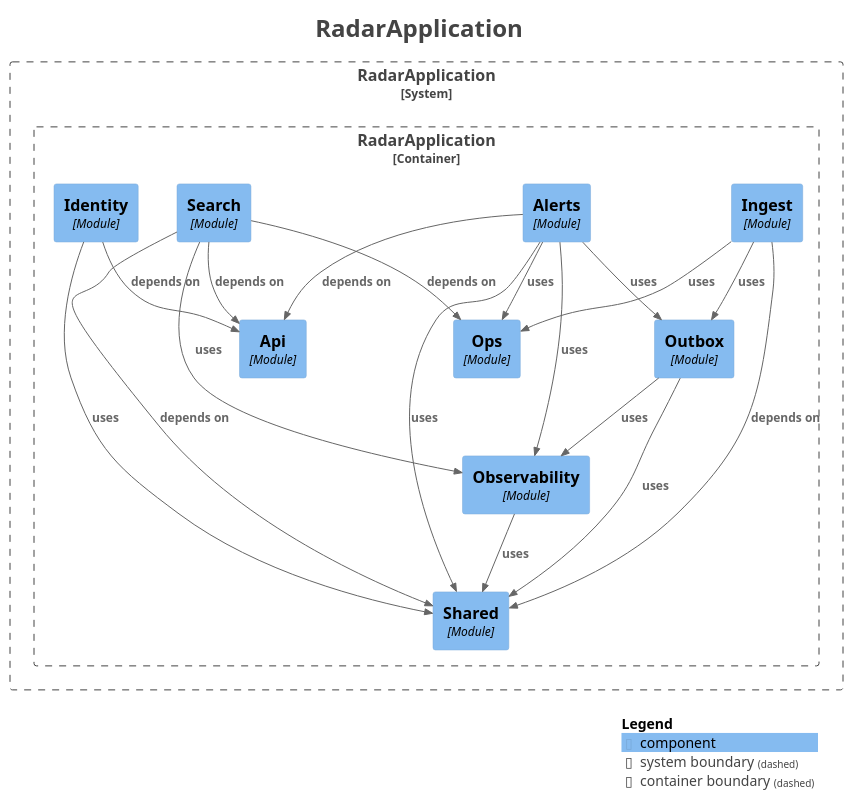
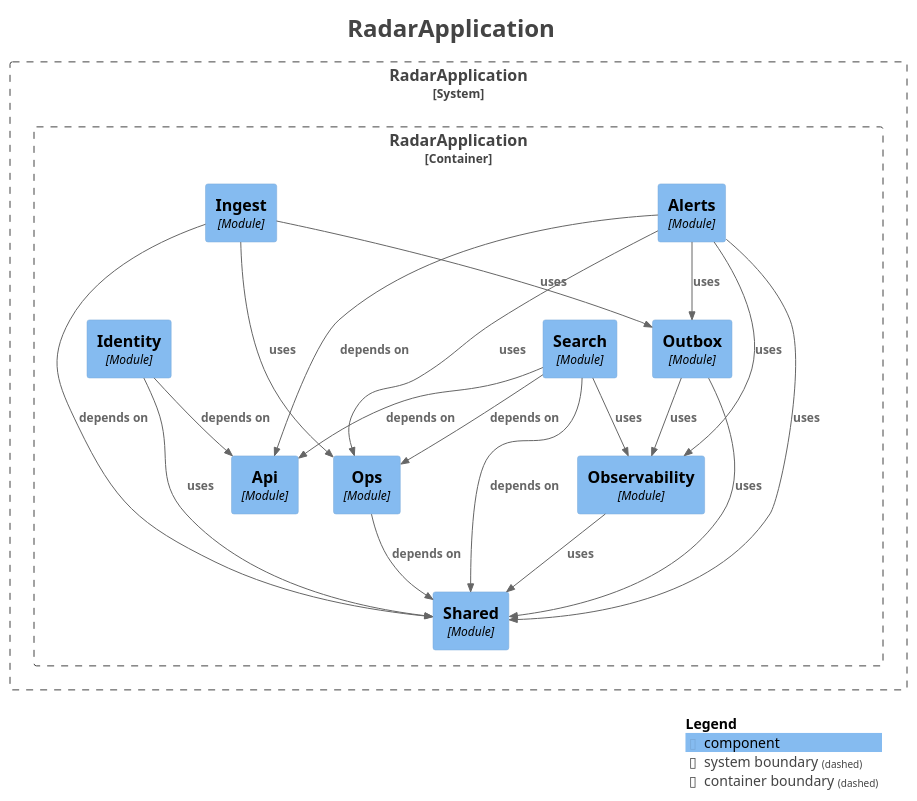
The diagram in docs/modules/components.puml (MiguelSanzBr/radar-licitacoes), drawn with PlantUML before and after one commit. The commit also changed 65 other files, not shown here.

Commit message:
feat(contracts): avro schemas and apicurio

```diff
--- a/docs/modules/components.puml
+++ b/docs/modules/components.puml
@@ -1,53 +1,54 @@
 @startuml
 title <size:24>RadarApplication</size>
 
 set separator none
 top to bottom direction
 
 <style>
   root {
     BackgroundColor: #ffffff
     FontColor: #444444
   }
 </style>
 
 !include <C4/C4>
 !include <C4/C4_Context>
 !include <C4/C4_Component>
 
 System_Boundary("RadarApplication_boundary", "RadarApplication", $tags="") {
   Container_Boundary("RadarApplication.RadarApplication_boundary", "RadarApplication", $tags="") {
     Component(RadarApplication.RadarApplication.Alerts, "Alerts", $techn="Module", $descr="", $tags="", $link="")
     Component(RadarApplication.RadarApplication.Ingest, "Ingest", $techn="Module", $descr="", $tags="", $link="")
     Component(RadarApplication.RadarApplication.Api, "Api", $techn="Module", $descr="", $tags="", $link="")
-    Component(RadarApplication.RadarApplication.Ops, "Ops", $techn="Module", $descr="", $tags="", $link="")
     Component(RadarApplication.RadarApplication.Shared, "Shared", $techn="Module", $descr="", $tags="", $link="")
     Component(RadarApplication.RadarApplication.Identity, "Identity", $techn="Module", $descr="", $tags="", $link="")
     Component(RadarApplication.RadarApplication.Observability, "Observability", $techn="Module", $descr="", $tags="", $link="")
+    Component(RadarApplication.RadarApplication.Ops, "Ops", $techn="Module", $descr="", $tags="", $link="")
     Component(RadarApplication.RadarApplication.Outbox, "Outbox", $techn="Module", $descr="", $tags="", $link="")
     Component(RadarApplication.RadarApplication.Search, "Search", $techn="Module", $descr="", $tags="", $link="")
   }
 
 }
 
-Rel(RadarApplication.RadarApplication.Ingest, RadarApplication.RadarApplication.Shared, "depends on", $techn="", $tags="", $link="")
-Rel(RadarApplication.RadarApplication.Ingest, RadarApplication.RadarApplication.Ops, "uses", $techn="", $tags="", $link="")
-Rel(RadarApplication.RadarApplication.Ingest, RadarApplication.RadarApplication.Outbox, "uses", $techn="", $tags="", $link="")
-Rel(RadarApplication.RadarApplication.Outbox, RadarApplication.RadarApplication.Shared, "uses", $techn="", $tags="", $link="")
-Rel(RadarApplication.RadarApplication.Outbox, RadarApplication.RadarApplication.Observability, "uses", $techn="", $tags="", $link="")
-Rel(RadarApplication.RadarApplication.Observability, RadarApplication.RadarApplication.Shared, "uses", $techn="", $tags="", $link="")
-Rel(RadarApplication.RadarApplication.Identity, RadarApplication.RadarApplication.Api, "depends on", $techn="", $tags="", $link="")
-Rel(RadarApplication.RadarApplication.Identity, RadarApplication.RadarApplication.Shared, "uses", $techn="", $tags="", $link="")
-Rel(RadarApplication.RadarApplication.Search, RadarApplication.RadarApplication.Ops, "depends on", $techn="", $tags="", $link="")
-Rel(RadarApplication.RadarApplication.Search, RadarApplication.RadarApplication.Api, "depends on", $techn="", $tags="", $link="")
-Rel(RadarApplication.RadarApplication.Search, RadarApplication.RadarApplication.Shared, "depends on", $techn="", $tags="", $link="")
-Rel(RadarApplication.RadarApplication.Search, RadarApplication.RadarApplication.Observability, "uses", $techn="", $tags="", $link="")
 Rel(RadarApplication.RadarApplication.Alerts, RadarApplication.RadarApplication.Api, "depends on", $techn="", $tags="", $link="")
 Rel(RadarApplication.RadarApplication.Alerts, RadarApplication.RadarApplication.Observability, "uses", $techn="", $tags="", $link="")
 Rel(RadarApplication.RadarApplication.Alerts, RadarApplication.RadarApplication.Ops, "uses", $techn="", $tags="", $link="")
 Rel(RadarApplication.RadarApplication.Alerts, RadarApplication.RadarApplication.Outbox, "uses", $techn="", $tags="", $link="")
 Rel(RadarApplication.RadarApplication.Alerts, RadarApplication.RadarApplication.Shared, "uses", $techn="", $tags="", $link="")
+Rel(RadarApplication.RadarApplication.Identity, RadarApplication.RadarApplication.Api, "depends on", $techn="", $tags="", $link="")
+Rel(RadarApplication.RadarApplication.Identity, RadarApplication.RadarApplication.Shared, "uses", $techn="", $tags="", $link="")
+Rel(RadarApplication.RadarApplication.Ingest, RadarApplication.RadarApplication.Shared, "depends on", $techn="", $tags="", $link="")
+Rel(RadarApplication.RadarApplication.Ingest, RadarApplication.RadarApplication.Ops, "uses", $techn="", $tags="", $link="")
+Rel(RadarApplication.RadarApplication.Ingest, RadarApplication.RadarApplication.Outbox, "uses", $techn="", $tags="", $link="")
+Rel(RadarApplication.RadarApplication.Search, RadarApplication.RadarApplication.Shared, "depends on", $techn="", $tags="", $link="")
+Rel(RadarApplication.RadarApplication.Search, RadarApplication.RadarApplication.Ops, "depends on", $techn="", $tags="", $link="")
+Rel(RadarApplication.RadarApplication.Search, RadarApplication.RadarApplication.Api, "depends on", $techn="", $tags="", $link="")
+Rel(RadarApplication.RadarApplication.Search, RadarApplication.RadarApplication.Observability, "uses", $techn="", $tags="", $link="")
+Rel(RadarApplication.RadarApplication.Observability, RadarApplication.RadarApplication.Shared, "uses", $techn="", $tags="", $link="")
+Rel(RadarApplication.RadarApplication.Ops, RadarApplication.RadarApplication.Shared, "depends on", $techn="", $tags="", $link="")
+Rel(RadarApplication.RadarApplication.Outbox, RadarApplication.RadarApplication.Shared, "uses", $techn="", $tags="", $link="")
+Rel(RadarApplication.RadarApplication.Outbox, RadarApplication.RadarApplication.Observability, "uses", $techn="", $tags="", $link="")
 
 SHOW_LEGEND(true)
 hide stereotypes
 @enduml
```
